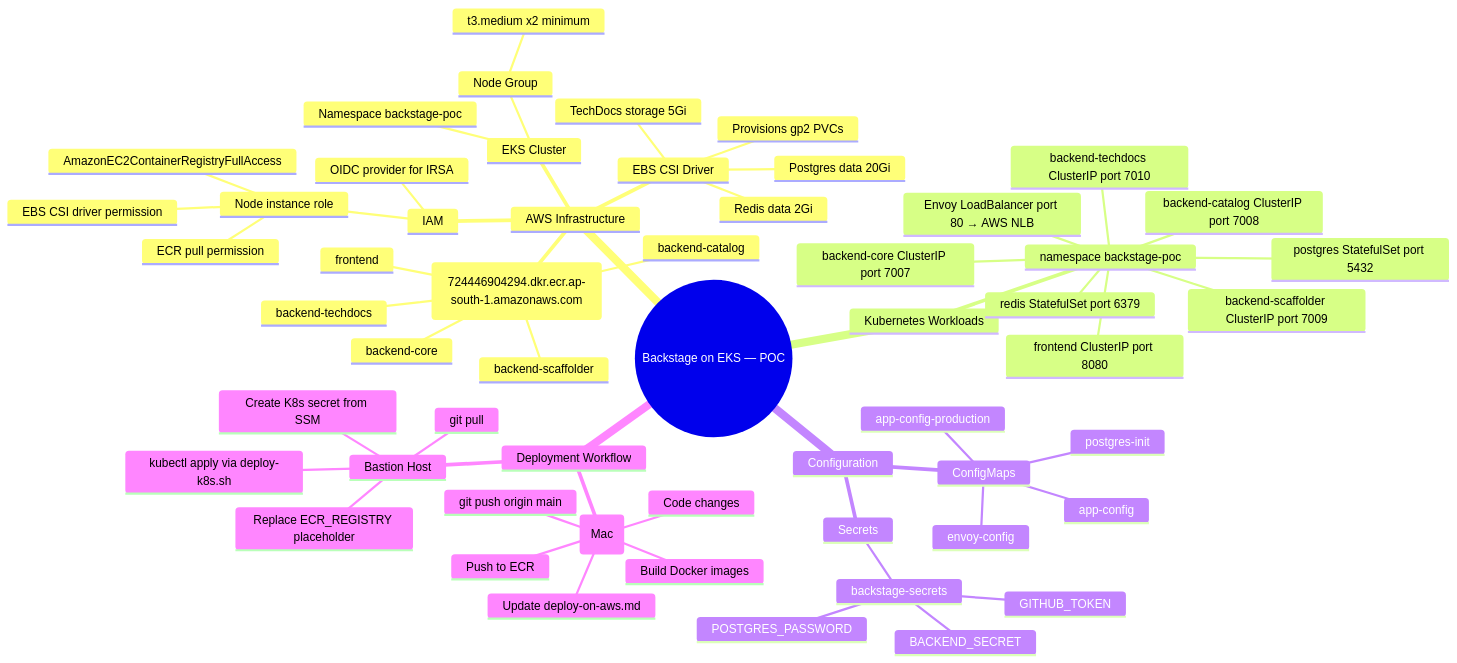
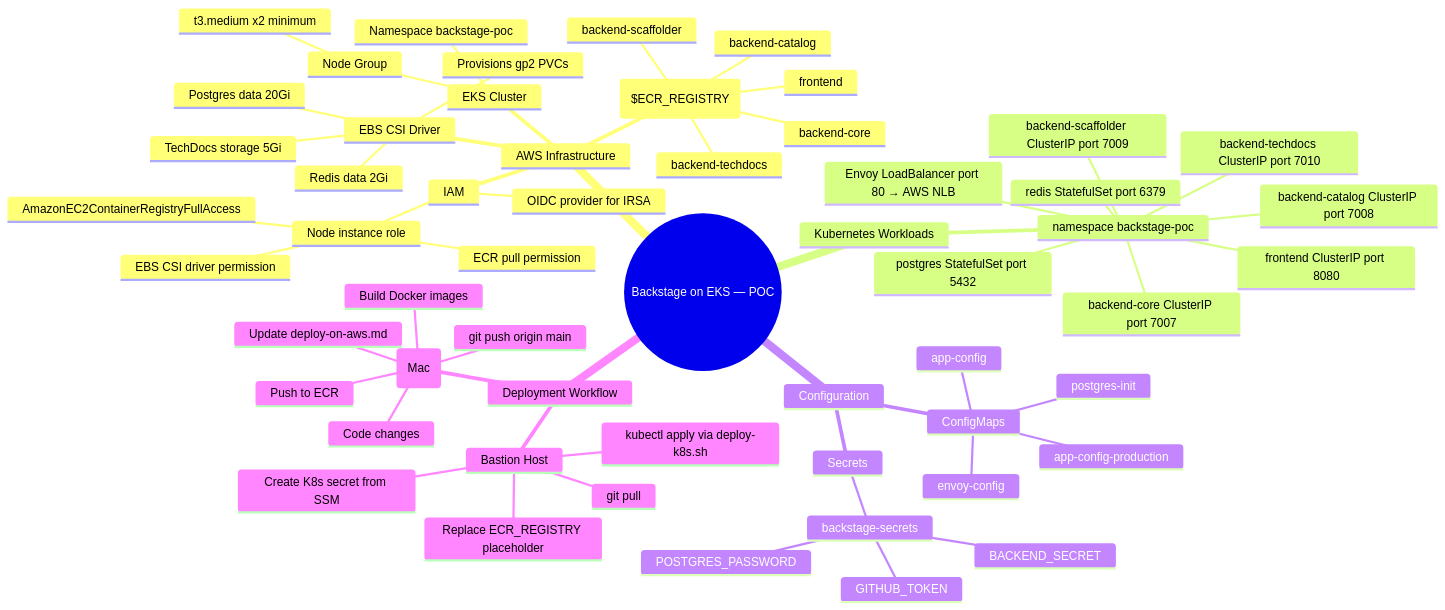
Before and after one commit to k3mahesh/backstage-micro-service: the diagram in deploy-on-aws.md, drawn with Mermaid. The commit also changed other lines of this file, not shown here.

````diff
--- a/deploy-on-aws.md
+++ b/deploy-on-aws.md
@@ -88,59 +90,59 @@
 ```mermaid
 mindmap
   root((Backstage on EKS — POC))
     AWS Infrastructure
       EKS Cluster
         Namespace backstage-poc
         Node Group
           t3.medium x2 minimum
-      ECR (724446904294.dkr.ecr.ap-south-1.amazonaws.com)
+      ECR ($ECR_REGISTRY)
         frontend
         backend-core
         backend-catalog
         backend-scaffolder
         backend-techdocs
       IAM
         Node instance role
           ECR pull permission
           EBS CSI driver permission
           AmazonEC2ContainerRegistryFullAccess
         OIDC provider for IRSA
       EBS CSI Driver
         Provisions gp2 PVCs
         Postgres data 20Gi
         Redis data 2Gi
         TechDocs storage 5Gi
     Kubernetes Workloads
       namespace backstage-poc
         Envoy LoadBalancer port 80 → AWS NLB
         frontend ClusterIP port 8080
         backend-core ClusterIP port 7007
         backend-catalog ClusterIP port 7008
         backend-scaffolder ClusterIP port 7009
         backend-techdocs ClusterIP port 7010
         postgres StatefulSet port 5432
         redis StatefulSet port 6379
     Configuration
       ConfigMaps
         app-config
         app-config-production
         envoy-config
         postgres-init
       Secrets
         backstage-secrets
           BACKEND_SECRET
           GITHUB_TOKEN
           POSTGRES_PASSWORD
     Deployment Workflow
       Local Machine (Mac)
         Code changes
         Build Docker images
         Push to ECR
         Update deploy-on-aws.md
         git push origin main
       Bastion Host
         git pull
         Replace ECR_REGISTRY placeholder
         Create K8s secret from SSM
         kubectl apply via deploy-k8s.sh
 ```
````
